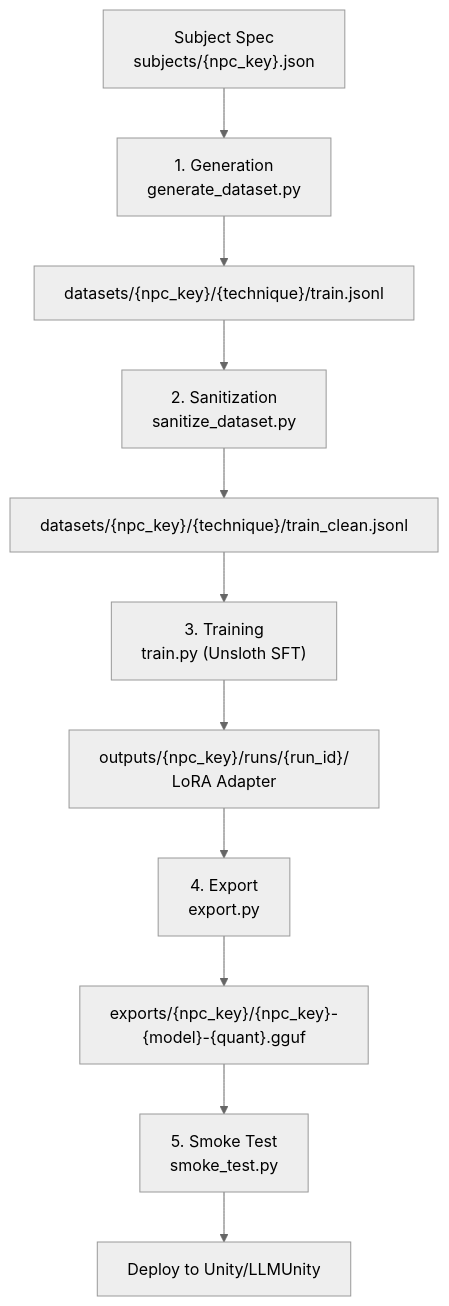
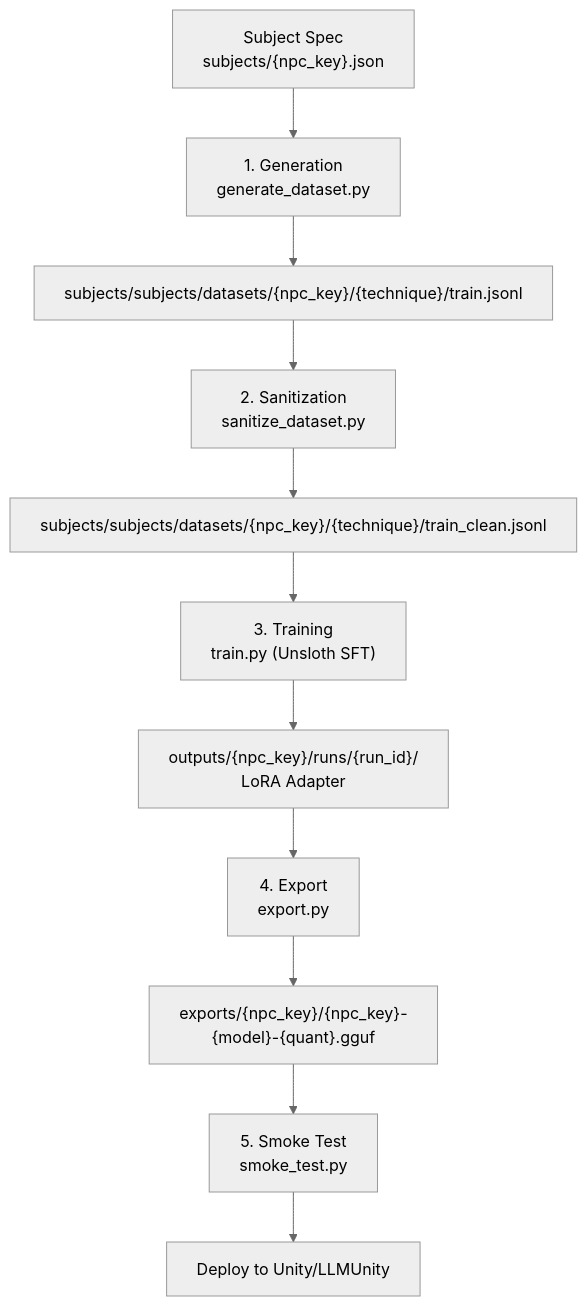
Before and after one commit to athargamedev/Unsloth_Core: the first of 7 diagrams in docs/DATASET_STRUCTURE_AND_LOGIC.md, drawn with Mermaid (neutral theme). The commit also changed other lines of this file and 80 other files, not shown here.

Commit message:
refactor: migrate all datasets and schemas to the subjects directory and update paths accordingly

````diff
--- a/docs/DATASET_STRUCTURE_AND_LOGIC.md
+++ b/docs/DATASET_STRUCTURE_AND_LOGIC.md
@@ -9,13 +9,13 @@
 ```mermaid
 graph TD
     Spec["Subject Spec<br/>subjects/{npc_key}.json"] --> Gen["1. Generation<br/>generate_dataset.py"]
-    Gen --> Raw["datasets/{npc_key}/{technique}/train.jsonl"]
+    Gen --> Raw["subjects/subjects/datasets/{npc_key}/{technique}/train.jsonl"]
     Raw --> San["2. Sanitization<br/>sanitize_dataset.py"]
-    San --> Clean["datasets/{npc_key}/{technique}/train_clean.jsonl"]
+    San --> Clean["subjects/subjects/datasets/{npc_key}/{technique}/train_clean.jsonl"]
     Clean --> Train["3. Training<br/>train.py (Unsloth SFT)"]
     Train --> Adapter["outputs/{npc_key}/runs/{run_id}/<br/>LoRA Adapter"]
     Adapter --> Export["4. Export<br/>export.py"]
     Export --> GGUF["exports/{npc_key}/{npc_key}-{model}-{quant}.gguf"]
     GGUF --> Smoke["5. Smoke Test<br/>smoke_test.py"]
     Smoke --> Unity["Deploy to Unity/LLMUnity"]
 ```
````
